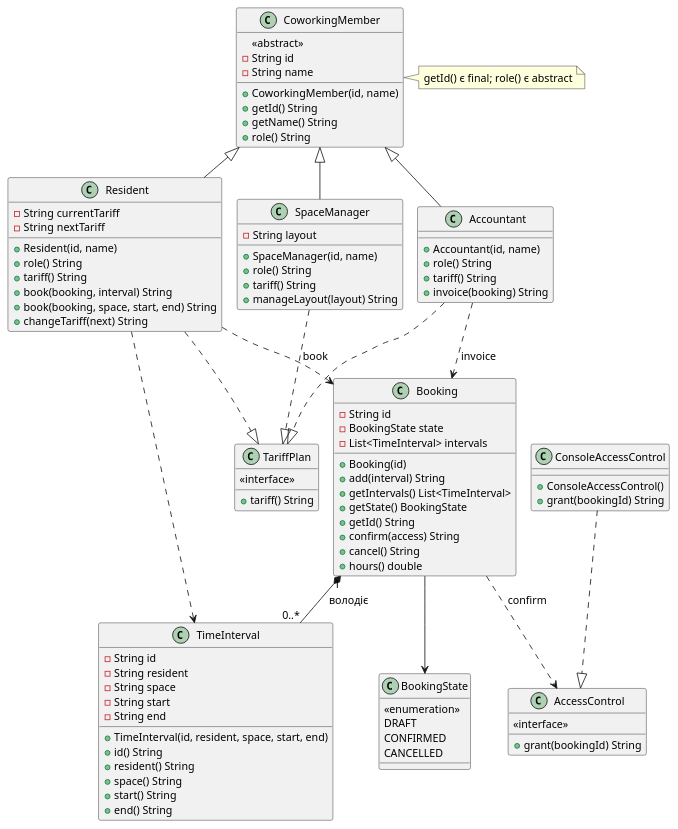
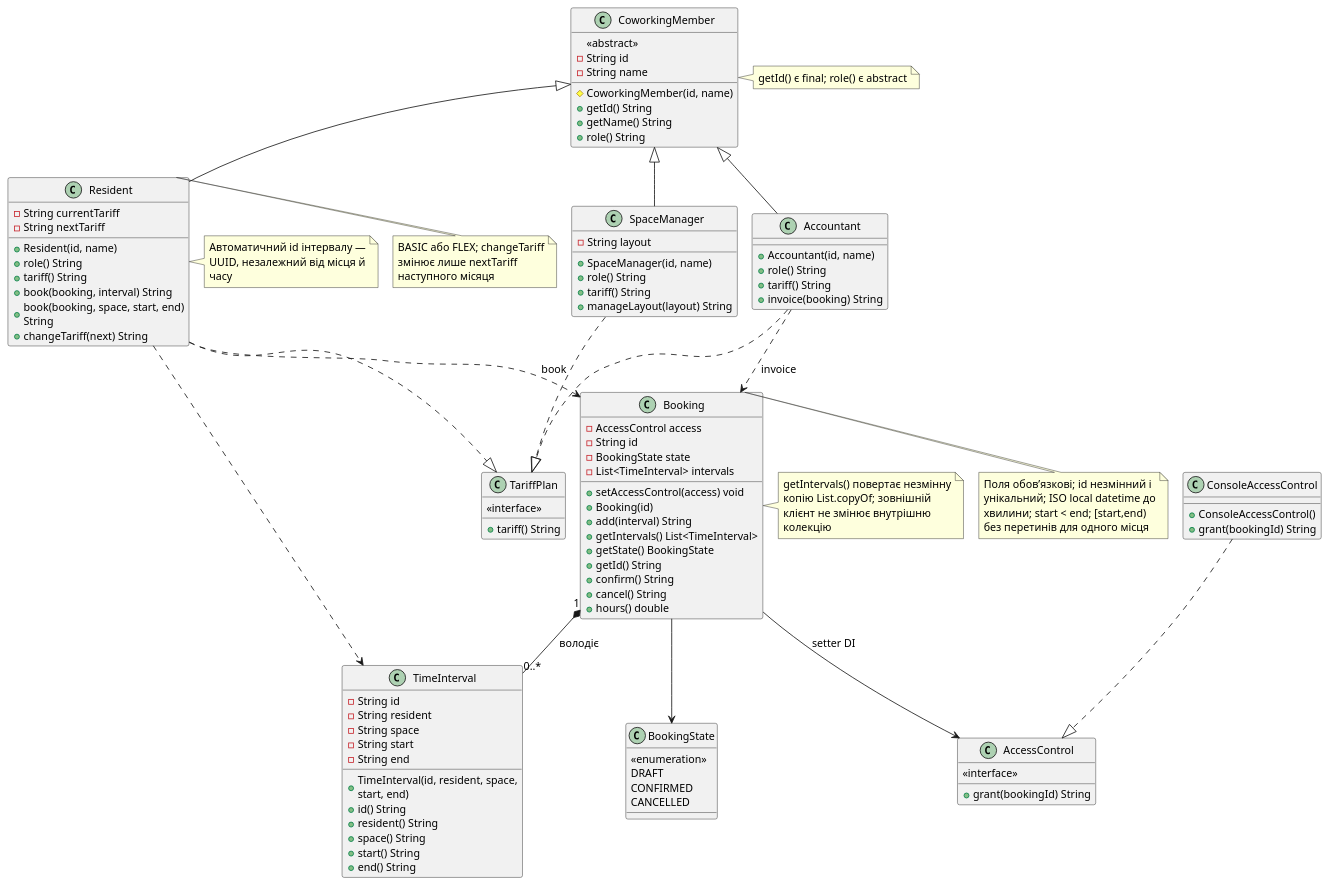
Before and after one commit to auulina21/coworking-19: the diagram in docs/class-print.puml, drawn with PlantUML. The commit also changed 28 other files, not shown here.

```diff
--- a/docs/class-print.puml
+++ b/docs/class-print.puml
@@ -1,98 +1,109 @@
 @startuml
 !pragma layout smetana
 skinparam defaultFontName Arial
 skinparam defaultFontSize 13
+skinparam maxMessageSize 85
+skinparam wrapWidth 220
 skinparam nodesep 35
 skinparam ranksep 45
 class CoworkingMember {
   <<abstract>>
   -String id
   -String name
-  +CoworkingMember(id, name)
+  #CoworkingMember(id, name)
   +getId() String
   +getName() String
   +role() String
 }
 class TariffPlan {
   <<interface>>
   +tariff() String
 }
 class Resident {
   -String currentTariff
   -String nextTariff
   +Resident(id, name)
   +role() String
   +tariff() String
   +book(booking, interval) String
   +book(booking, space, start, end) String
   +changeTariff(next) String
 }
 class SpaceManager {
   -String layout
   +SpaceManager(id, name)
   +role() String
   +tariff() String
   +manageLayout(layout) String
 }
 class Accountant {
   +Accountant(id, name)
   +role() String
   +tariff() String
   +invoice(booking) String
 }
 class TimeInterval {
   -String id
   -String resident
   -String space
   -String start
   -String end
   +TimeInterval(id, resident, space, start, end)
   +id() String
   +resident() String
   +space() String
   +start() String
   +end() String
 }
 class BookingState {
   <<enumeration>>
   DRAFT
   CONFIRMED
   CANCELLED
 }
 class Booking {
+  -AccessControl access
+  +setAccessControl(access) void
   -String id
   -BookingState state
   -List<TimeInterval> intervals
   +Booking(id)
   +add(interval) String
   +getIntervals() List<TimeInterval>
   +getState() BookingState
   +getId() String
-  +confirm(access) String
+  +confirm() String
   +cancel() String
   +hours() double
 }
 class AccessControl {
   <<interface>>
   +grant(bookingId) String
 }
 class ConsoleAccessControl {
   +ConsoleAccessControl()
   +grant(bookingId) String
 }
 CoworkingMember <|-- Resident
 CoworkingMember <|-- SpaceManager
 CoworkingMember <|-- Accountant
 Resident ..|> TariffPlan
 SpaceManager ..|> TariffPlan
 Accountant ..|> TariffPlan
 Booking "1" *-- "0..*" TimeInterval : володіє
 Booking --> BookingState
-Booking ..> AccessControl : confirm
+Booking --> AccessControl : setter DI
 ConsoleAccessControl ..|> AccessControl
 Resident ..> Booking : book
 Resident ..> TimeInterval
 Accountant ..> Booking : invoice
 
 note right of CoworkingMember : getId() є final; role() є abstract
+
+note right of Resident : BASIC або FLEX; changeTariff змінює лише nextTariff наступного місяця
+note right of Booking : Поля обов’язкові; id незмінний і унікальний; ISO local datetime до хвилини; start < end; [start,end) без перетинів для одного місця
+
+note right of Resident : Автоматичний id інтервалу — UUID, незалежний від місця й часу
+
+note right of Booking : getIntervals() повертає незмінну копію List.copyOf; зовнішній клієнт не змінює внутрішню колекцію
 @enduml
```
